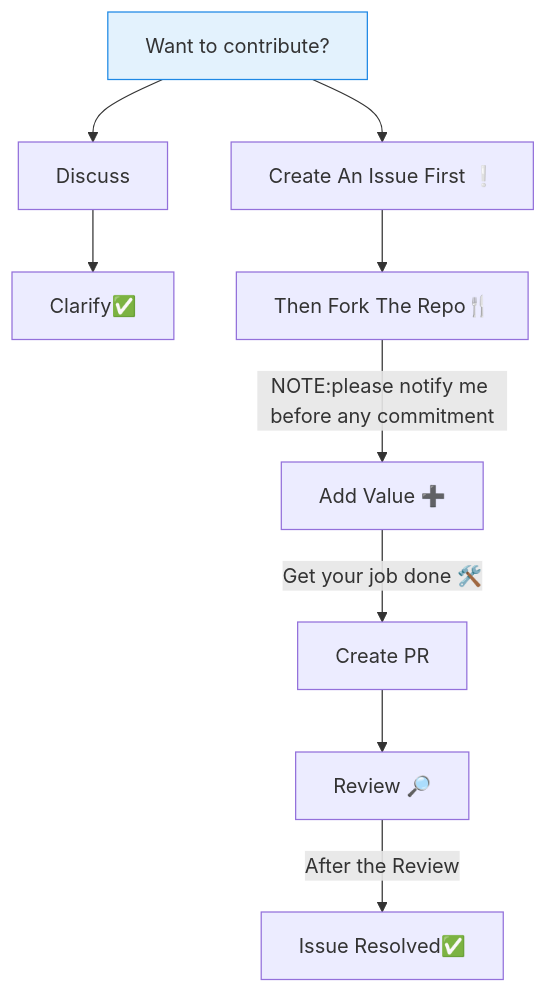
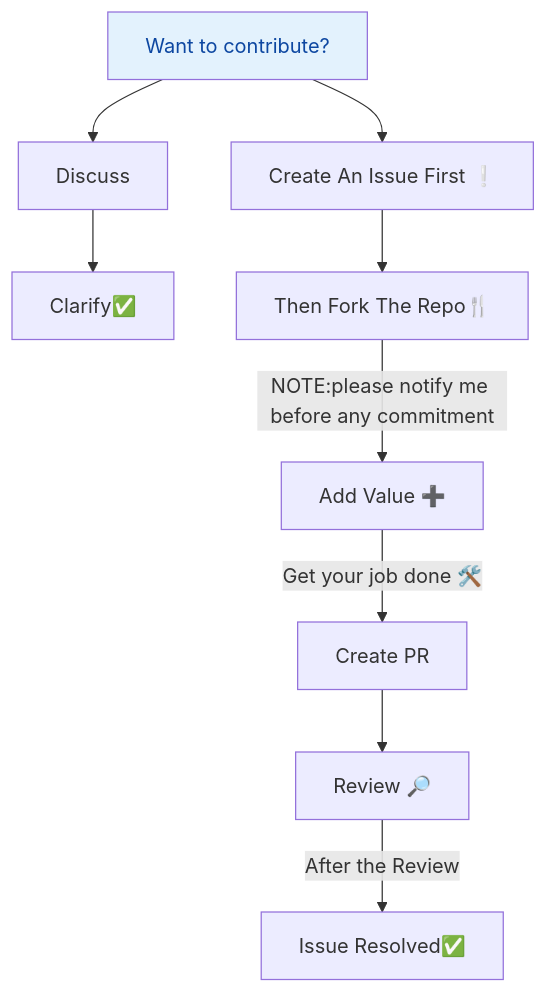
The diagram in CONTRIBUTING.md (PragadeeshM1608/Discrete-Mathematics-and-Its-Applications), drawn with Mermaid before and after one commit.

````diff
--- a/CONTRIBUTING.md
+++ b/CONTRIBUTING.md
@@ -16,9 +16,9 @@
 ```mermaid
 graph TD
 Contribute[Want to contribute?]
 Contribute --> Discuss --> clarify[Clarify✅]
 Contribute --> Issue[Create An Issue First ❕] --> Fork[Then Fork The Repo🍴] -->|NOTE:please notify me before any commitment| Value[Add Value ➕] -->|Get your job done 🛠️| Pr[Create PR]
  Pr --> Review[Review 🔎]
  Review -->|After the Review| Done[Issue Resolved✅]
-style Contribute fill:#e3f2fd,stroke:#1e88e5
+style Contribute fill:#e3f2fd,color:#0d47a1
 ``` 
````
